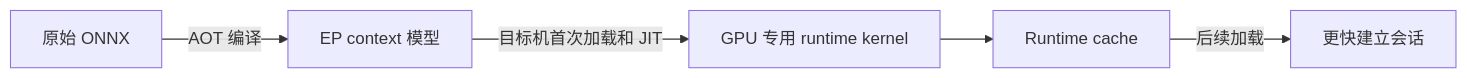
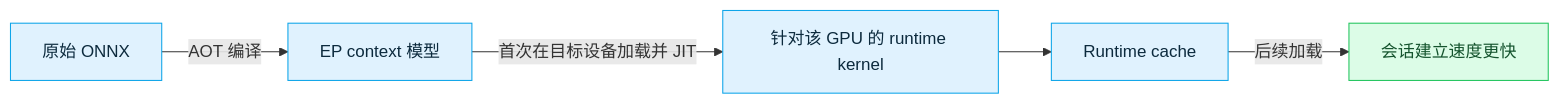
One commit to DakeQQ/Tutorial-ONNX-Runtime-Execution-Providers changed the fourth of 6 diagrams in NVIDIA/README.zh-CN.md. Above: the diagram before and after it, drawn with Mermaid. The commit also changed other lines of this file and 15 other files, not shown here.

````diff
--- a/NVIDIA/README.zh-CN.md
+++ b/NVIDIA/README.zh-CN.md
@@ -712,7 +815,12 @@
 ```mermaid
 flowchart LR
-    A[原始 ONNX] -->|AOT 编译| B[EP context 模型]
-    B -->|目标机首次加载和 JIT| C[GPU 专用 runtime kernel]
-    C --> D[Runtime cache]
-    D -->|后续加载| E[更快建立会话]
+    A["原始 ONNX"] -->|AOT 编译| B["EP context 模型"]
+    B -->|首次在目标设备加载并 JIT| C["针对该 GPU 的 runtime kernel"]
+    C --> D["Runtime cache"]
+    D -->|后续加载| E["会话建立速度更快"]
+
+    classDef step fill:#e0f2fe,stroke:#0ea5e9,color:#0c2a3d;
+    classDef good fill:#dcfce7,stroke:#22c55e,color:#14532d;
+    class A,B,C,D step;
+    class E good;
 ```
````
